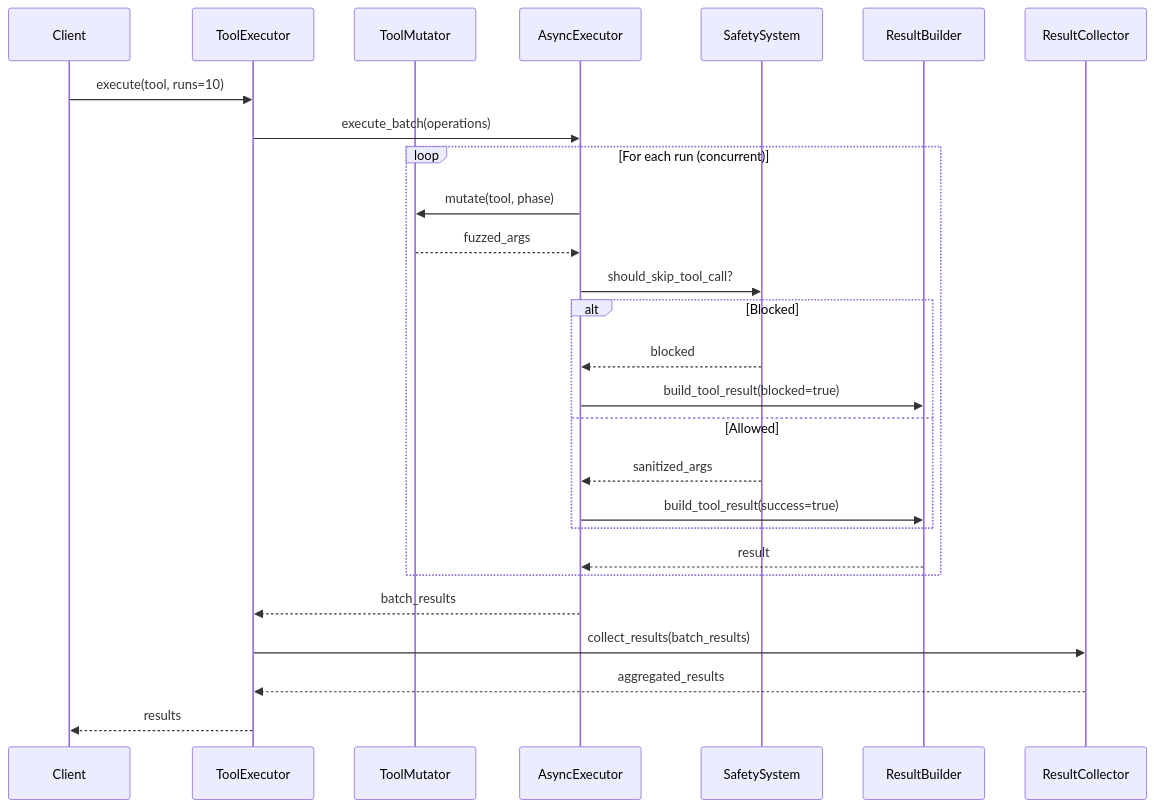
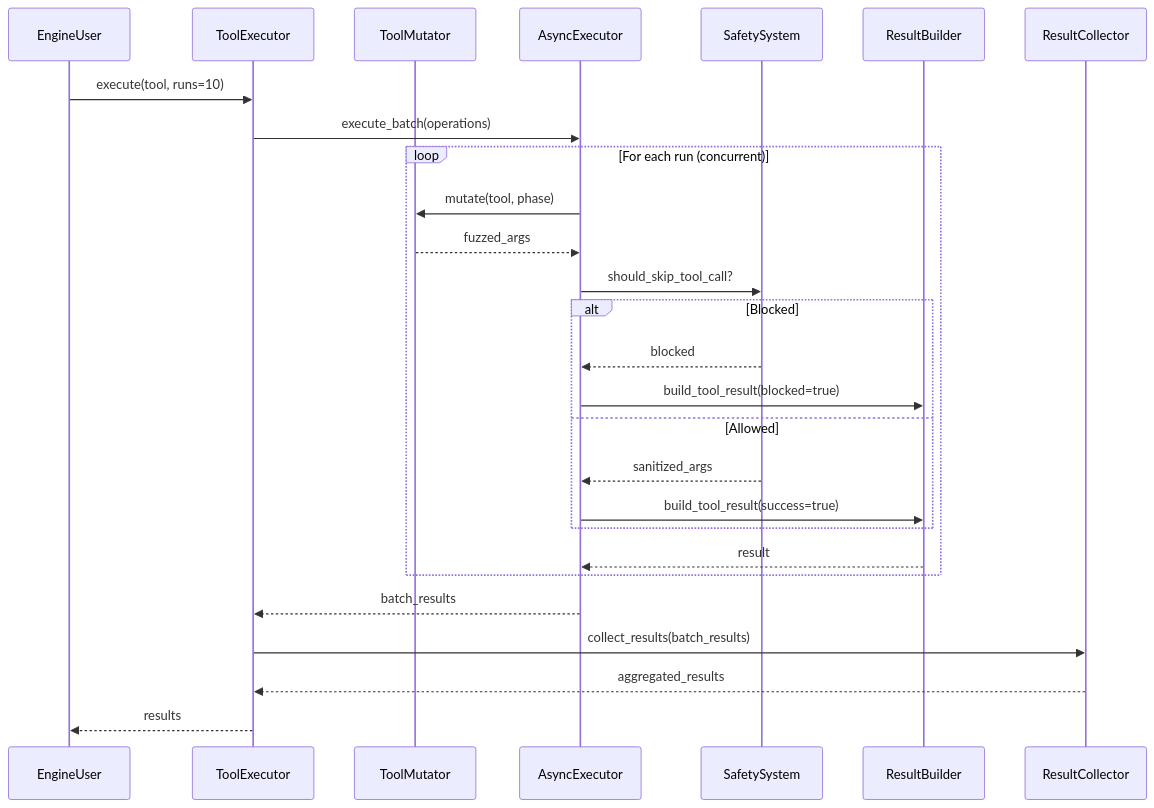
The second of 3 diagrams in docs/architecture/fuzz-engine.md (Agent-Hellboy/mcp-server-fuzzer), drawn with Mermaid before and after one commit. The commit also changed other lines of this file and 24 other files, not shown here.

````diff
--- a/docs/architecture/fuzz-engine.md
+++ b/docs/architecture/fuzz-engine.md
@@ -435,33 +439,33 @@
 ```mermaid
 sequenceDiagram
-    participant Client
+    participant EngineUser
     participant ToolExecutor
     participant ToolMutator
     participant AsyncExecutor
     participant SafetySystem
     participant ResultBuilder
     participant ResultCollector
 
-    Client->>ToolExecutor: execute(tool, runs=10)
+    EngineUser->>ToolExecutor: execute(tool, runs=10)
     ToolExecutor->>AsyncExecutor: execute_batch(operations)
 
     loop For each run (concurrent)
         AsyncExecutor->>ToolMutator: mutate(tool, phase)
         ToolMutator-->>AsyncExecutor: fuzzed_args
 
         AsyncExecutor->>SafetySystem: should_skip_tool_call?
         alt Blocked
             SafetySystem-->>AsyncExecutor: blocked
             AsyncExecutor->>ResultBuilder: build_tool_result(blocked=true)
         else Allowed
             SafetySystem-->>AsyncExecutor: sanitized_args
             AsyncExecutor->>ResultBuilder: build_tool_result(success=true)
         end
         ResultBuilder-->>AsyncExecutor: result
     end
 
     AsyncExecutor-->>ToolExecutor: batch_results
     ToolExecutor->>ResultCollector: collect_results(batch_results)
     ResultCollector-->>ToolExecutor: aggregated_results
-    ToolExecutor-->>Client: results
+    ToolExecutor-->>EngineUser: results
 ```
````
